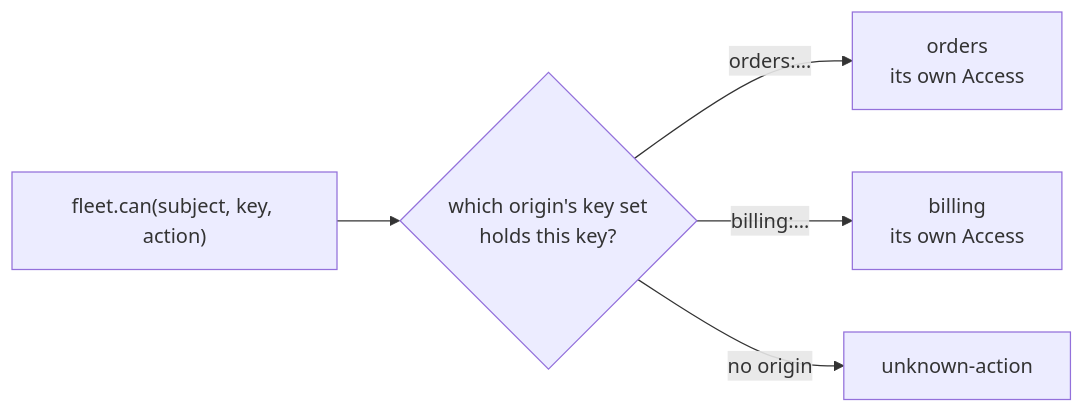
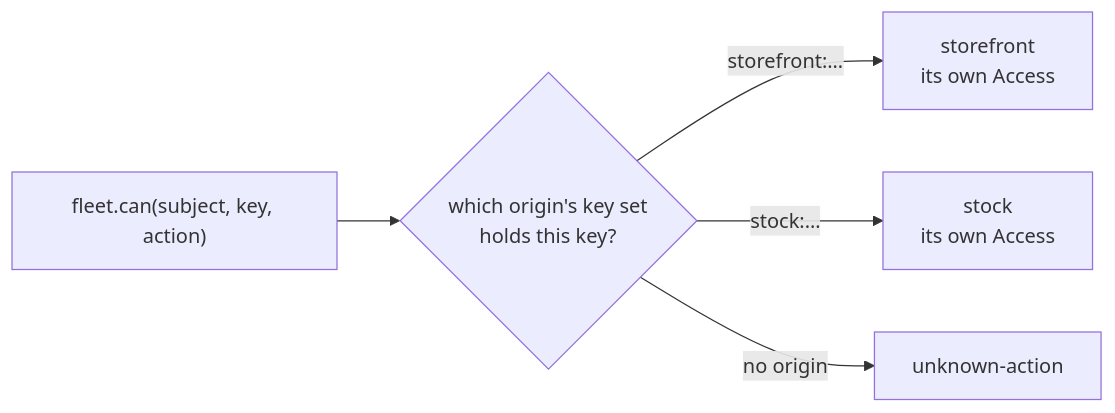
One commit to Evanion/libraries changed the diagram in apps/docs/content/acl/federation.mdx. Above: the diagram before and after it, drawn with Mermaid. The commit also changed other lines of this file and 19 other files, not shown here.

````diff
--- a/apps/docs/content/acl/federation.mdx
+++ b/apps/docs/content/acl/federation.mdx
@@ -55,7 +55,7 @@
 ```mermaid caption="One Access per origin, each document whole, behind one view. A key goes to the single origin whose key set holds it; a key no origin holds is refused by the view itself and reaches no member."
 flowchart LR
   C["fleet.can(subject, key, action)"] --> R{"which origin's key set<br>holds this key?"}:::accent
-  R -->|"orders:…"| O["orders<br>its own Access"]
-  R -->|"billing:…"| B["billing<br>its own Access"]
+  R -->|"storefront:…"| O["storefront<br>its own Access"]
+  R -->|"stock:…"| B["stock<br>its own Access"]
   R -->|"no origin"| U["unknown-action"]
 ```
````
